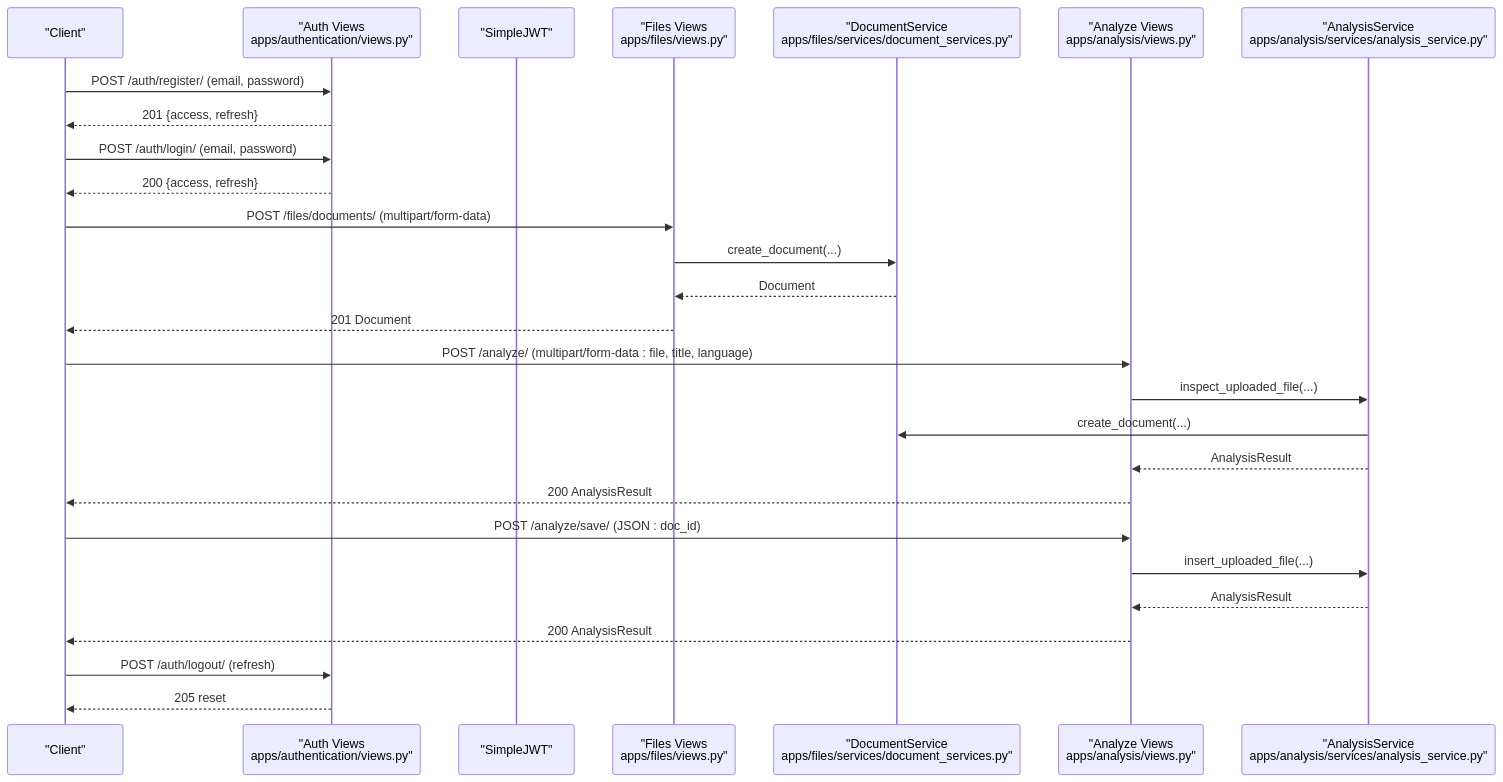
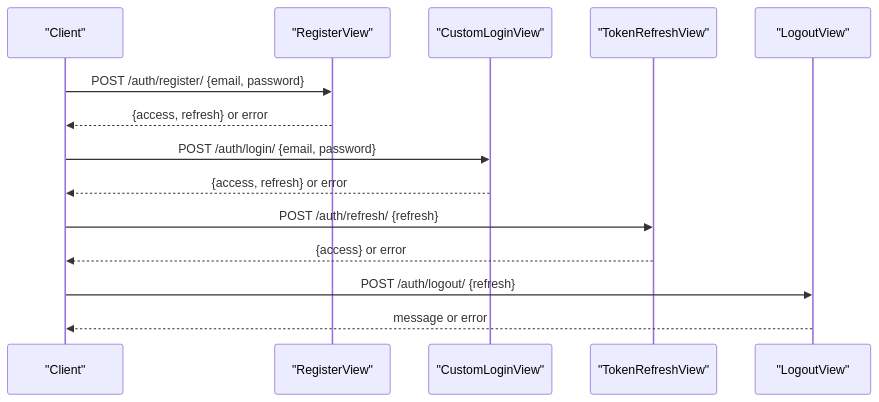
Before and after one commit to HamzaHindo/veritasshield: the third of 8 diagrams in backend/.qoder/repowiki/en/content/API Reference/API Reference.md, drawn with Mermaid. The commit also changed other lines of this file and 49 other files, not shown here.

````diff
--- a/backend/.qoder/repowiki/en/content/API Reference/API Reference.md
+++ b/backend/.qoder/repowiki/en/content/API Reference/API Reference.md
@@ -131,29 +120,16 @@
 ```mermaid
 sequenceDiagram
 participant C as "Client"
-participant Auth as "Auth Views<br/>apps/authentication/views.py"
-participant JWT as "SimpleJWT"
-participant Files as "Files Views<br/>apps/files/views.py"
-participant Docs as "DocumentService<br/>apps/files/services/document_services.py"
-participant Analyze as "Analyze Views<br/>apps/analysis/views.py"
-participant AService as "AnalysisService<br/>apps/analysis/services/analysis_service.py"
-C->>Auth : POST /auth/register/ (email, password)
-Auth-->>C : 201 {access, refresh}
-C->>Auth : POST /auth/login/ (email, password)
-Auth-->>C : 200 {access, refresh}
-C->>Files : POST /files/documents/ (multipart/form-data)
-Files->>Docs : create_document(...)
-Docs-->>Files : Document
-Files-->>C : 201 Document
-C->>Analyze : POST /analyze/ (multipart/form-data : file, title, language)
-Analyze->>AService : inspect_uploaded_file(...)
-AService->>Docs : create_document(...)
-AService-->>Analyze : AnalysisResult
-Analyze-->>C : 200 AnalysisResult
-C->>Analyze : POST /analyze/save/ (JSON : doc_id)
-Analyze->>AService : insert_uploaded_file(...)
-AService-->>Analyze : AnalysisResult
-Analyze-->>C : 200 AnalysisResult
-C->>Auth : POST /auth/logout/ (refresh)
-Auth-->>C : 205 reset
+participant R as "RegisterView"
+participant L as "CustomLoginView"
+participant RF as "TokenRefreshView"
+participant LG as "LogoutView"
+C->>R : POST /auth/register/ {email, password}
+R-->>C : {access, refresh} or error
+C->>L : POST /auth/login/ {email, password}
+L-->>C : {access, refresh} or error
+C->>RF : POST /auth/refresh/ {refresh}
+RF-->>C : {access} or error
+C->>LG : POST /auth/logout/ {refresh}
+LG-->>C : message or error
 ```
````
